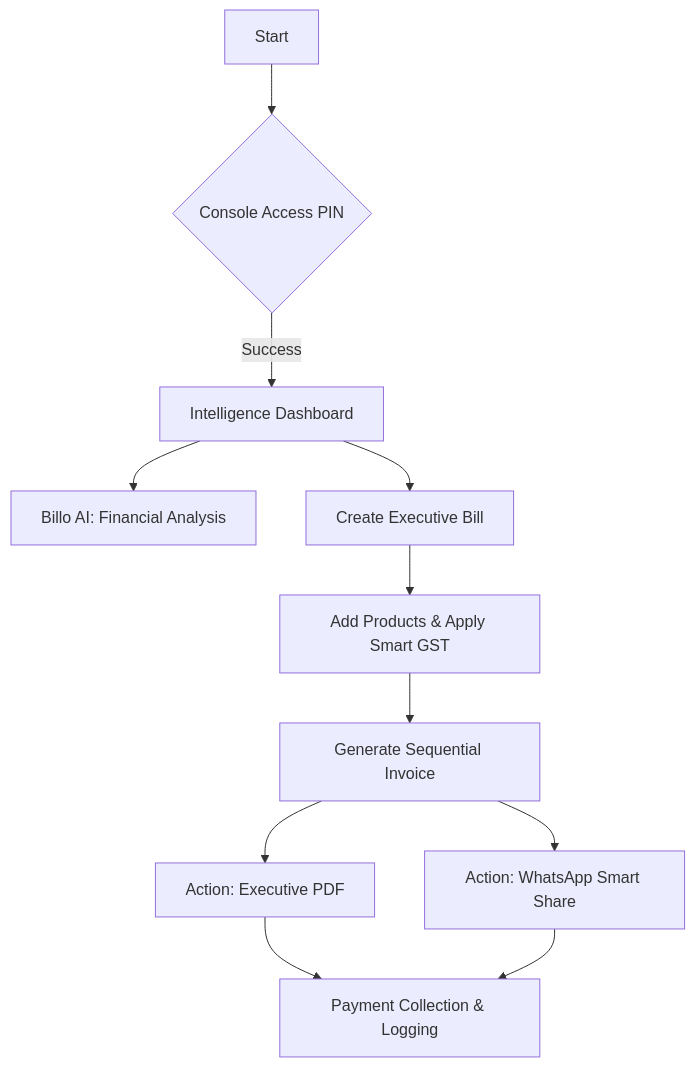
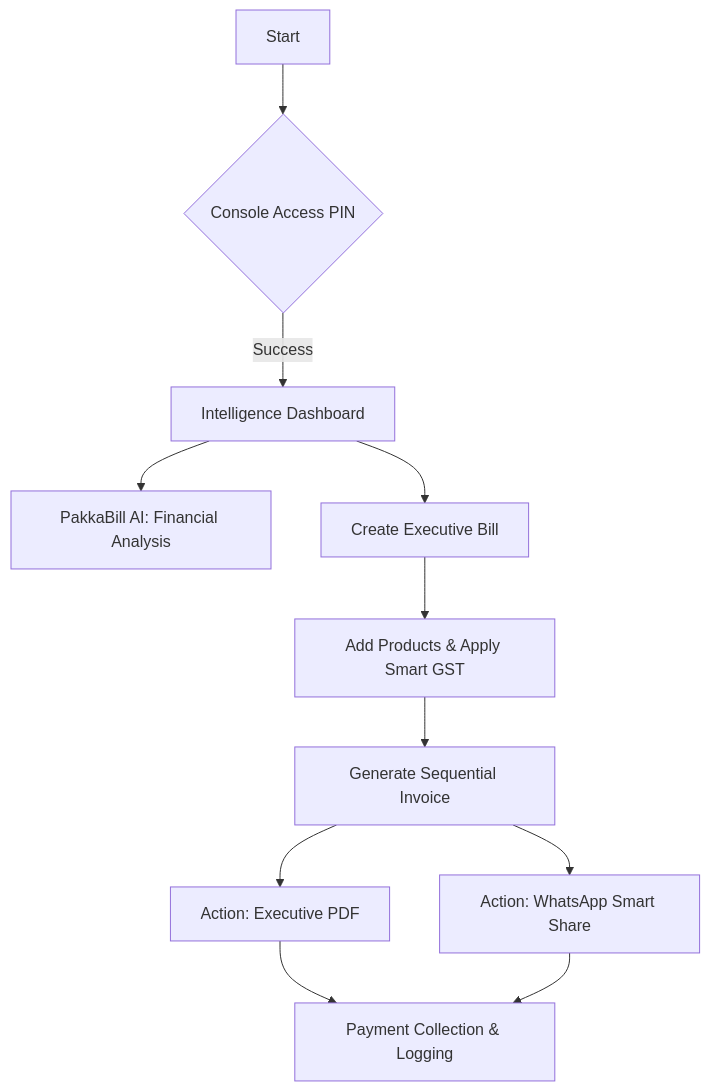
The diagram in README.md (Gautam-Bharadwaj/PakkaBill), drawn with Mermaid before and after one commit. The commit also changed other lines of this file, not shown here.

Commit message:
PakkaBill in README

````diff
--- a/README.md
+++ b/README.md
@@ -43,16 +43,16 @@
 ```mermaid
 graph TD
     A[Start] --> B{Console Access PIN}
     B -- Success --> C[Intelligence Dashboard]
     
-    C --> D[Billo AI: Financial Analysis]
+    C --> D[PakkaBill AI: Financial Analysis]
     C --> E[Create Executive Bill]
     
     E --> F[Add Products & Apply Smart GST]
     F --> G[Generate Sequential Invoice]
     
     G --> H[Action: Executive PDF]
     G --> I[Action: WhatsApp Smart Share]
     
     H & I --> J[Payment Collection & Logging]
 ```
````
